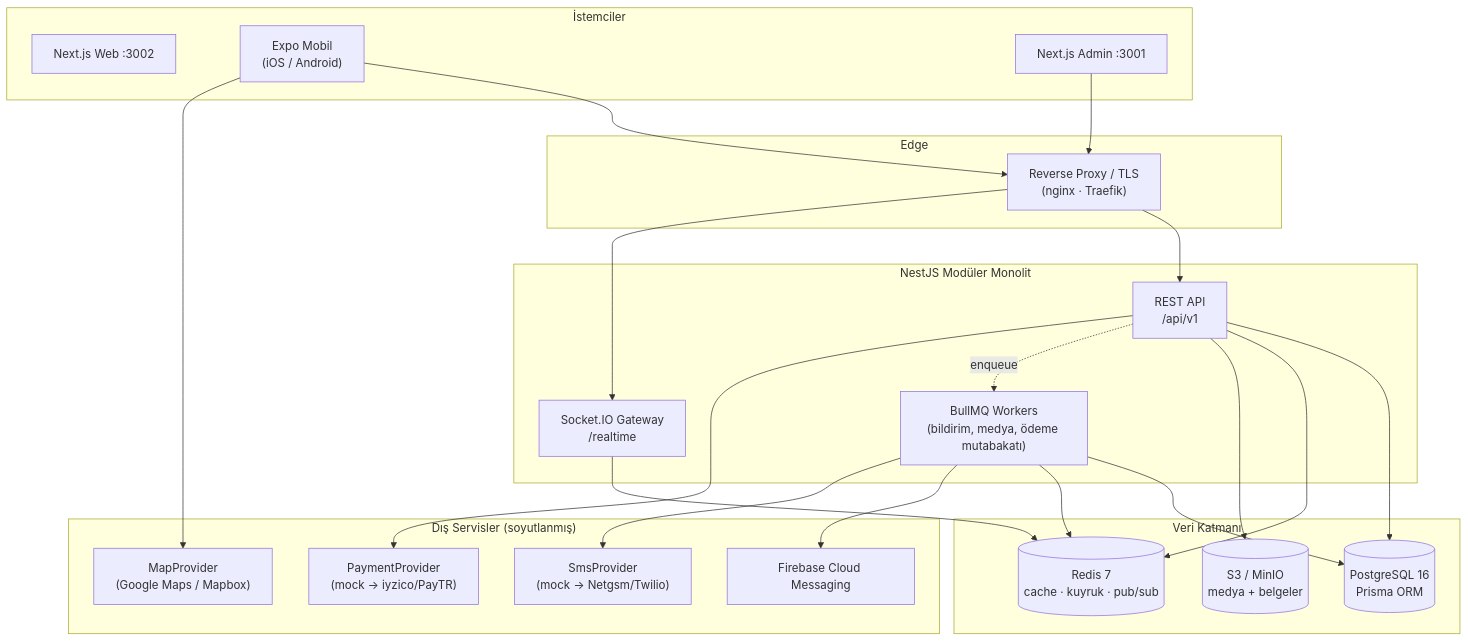
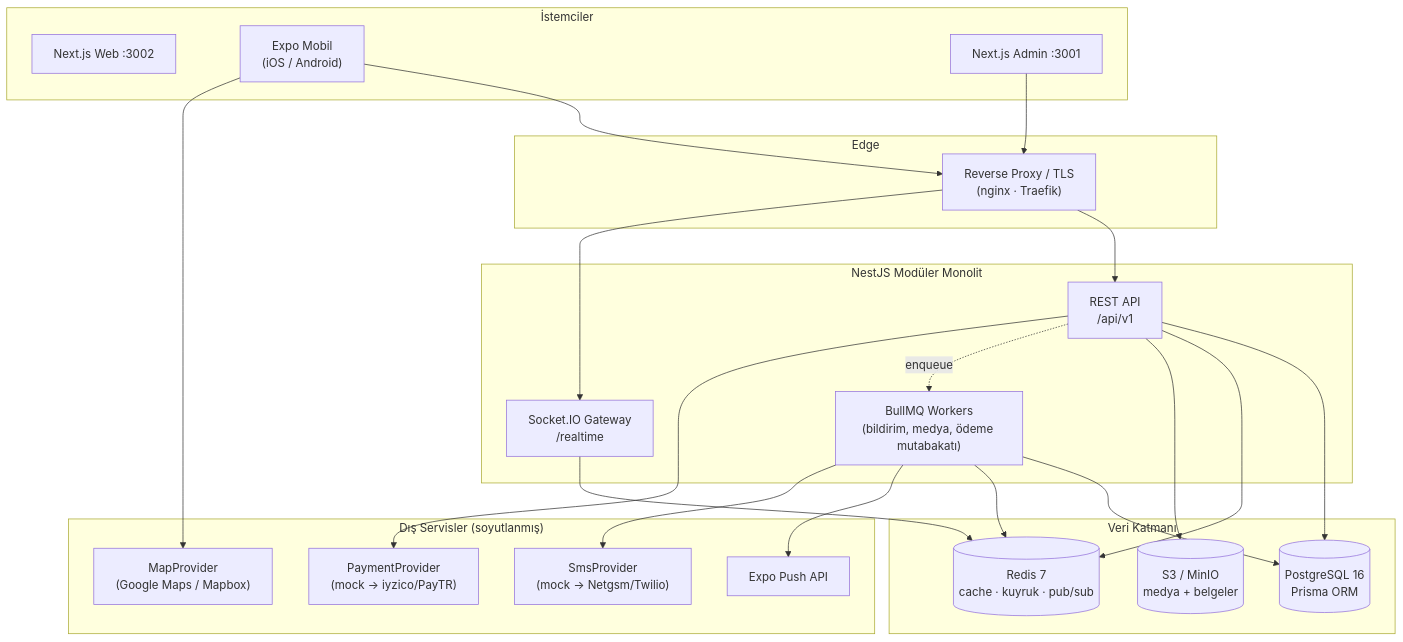
Before and after one commit to haydarogluburak9-ops/talpio: the diagram in docs/01-architecture.md, drawn with Mermaid. The commit also changed other lines of this file and 13 other files, not shown here.

First line of the commit message:
feat(bildirim): push kanalini expo push api ile calisir hale getir

````diff
--- a/docs/01-architecture.md
+++ b/docs/01-architecture.md
@@ -10,47 +10,47 @@
 ```mermaid
 flowchart TB
     subgraph Clients["İstemciler"]
         WEB["Next.js Web :3002"]
         MOB["Expo Mobil<br/>(iOS / Android)"]
         ADM["Next.js Admin :3001"]
     end
 
     subgraph Edge["Edge"]
         RP["Reverse Proxy / TLS<br/>(nginx · Traefik)"]
     end
 
     subgraph API["NestJS Modüler Monolit"]
         REST["REST API<br/>/api/v1"]
         WS["Socket.IO Gateway<br/>/realtime"]
         WRK["BullMQ Workers<br/>(bildirim, medya, ödeme mutabakatı)"]
     end
 
     subgraph Data["Veri Katmanı"]
         PG[("PostgreSQL 16<br/>Prisma ORM")]
         RD[("Redis 7<br/>cache · kuyruk · pub/sub")]
         S3[("S3 / MinIO<br/>medya + belgeler")]
     end
 
     subgraph External["Dış Servisler (soyutlanmış)"]
-        FCM["Firebase Cloud Messaging"]
+        PUSH["Expo Push API"]
         PAY["PaymentProvider<br/>(mock → iyzico/PayTR)"]
         SMS["SmsProvider<br/>(mock → Netgsm/Twilio)"]
         MAP["MapProvider<br/>(Google Maps / Mapbox)"]
     end
 
     MOB --> RP
     ADM --> RP
     RP --> REST
     RP --> WS
     REST --> PG
     REST --> RD
     REST --> S3
     WS --> RD
     WRK --> PG
     WRK --> RD
     REST -.enqueue.-> WRK
-    WRK --> FCM
+    WRK --> PUSH
     REST --> PAY
     WRK --> SMS
     MOB --> MAP
 ```
````
